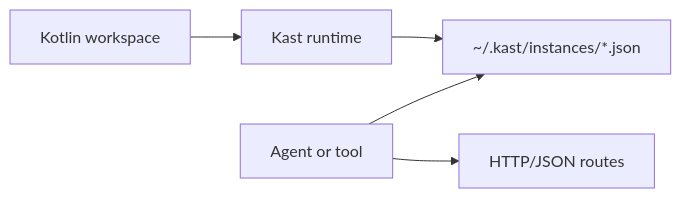
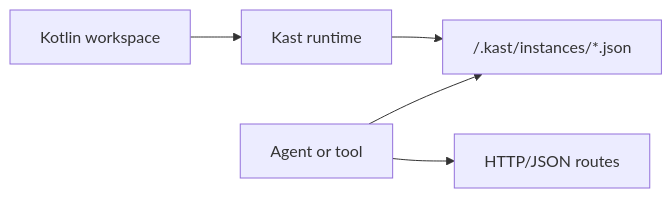
Before and after one commit to amichne/kast: the diagram in docs/index.md, drawn with Mermaid. The commit also changed other lines of this file and 82 other files, not shown here.

````diff
--- a/docs/index.md
+++ b/docs/index.md
@@ -58,7 +65,7 @@
 ```mermaid
 graph LR
     Workspace["Kotlin workspace"] --> Runtime["Kast runtime"]
-    Runtime --> Descriptor["~/.kast/instances/*.json"]
+    Runtime --> Descriptor["<workspace>/.kast/instances/*.json"]
     Client["Agent or tool"] --> Descriptor
     Client --> Api["HTTP/JSON routes"]
 ```
````
